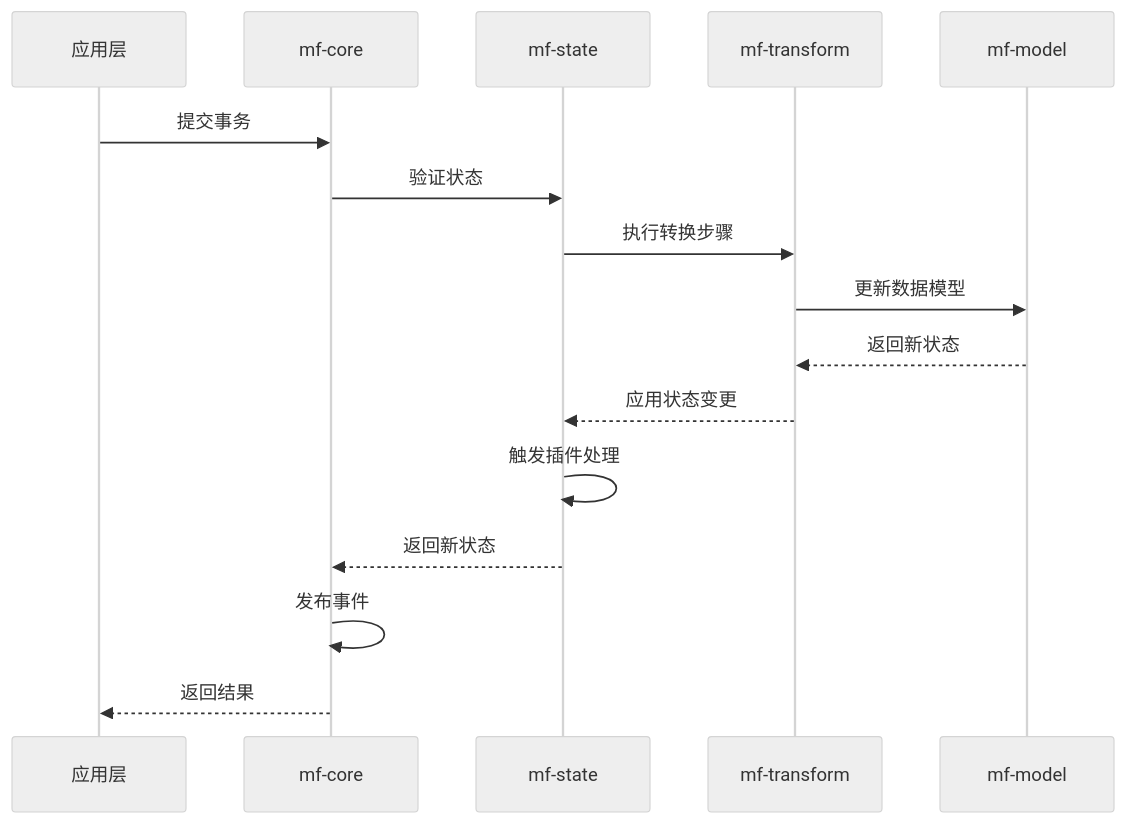
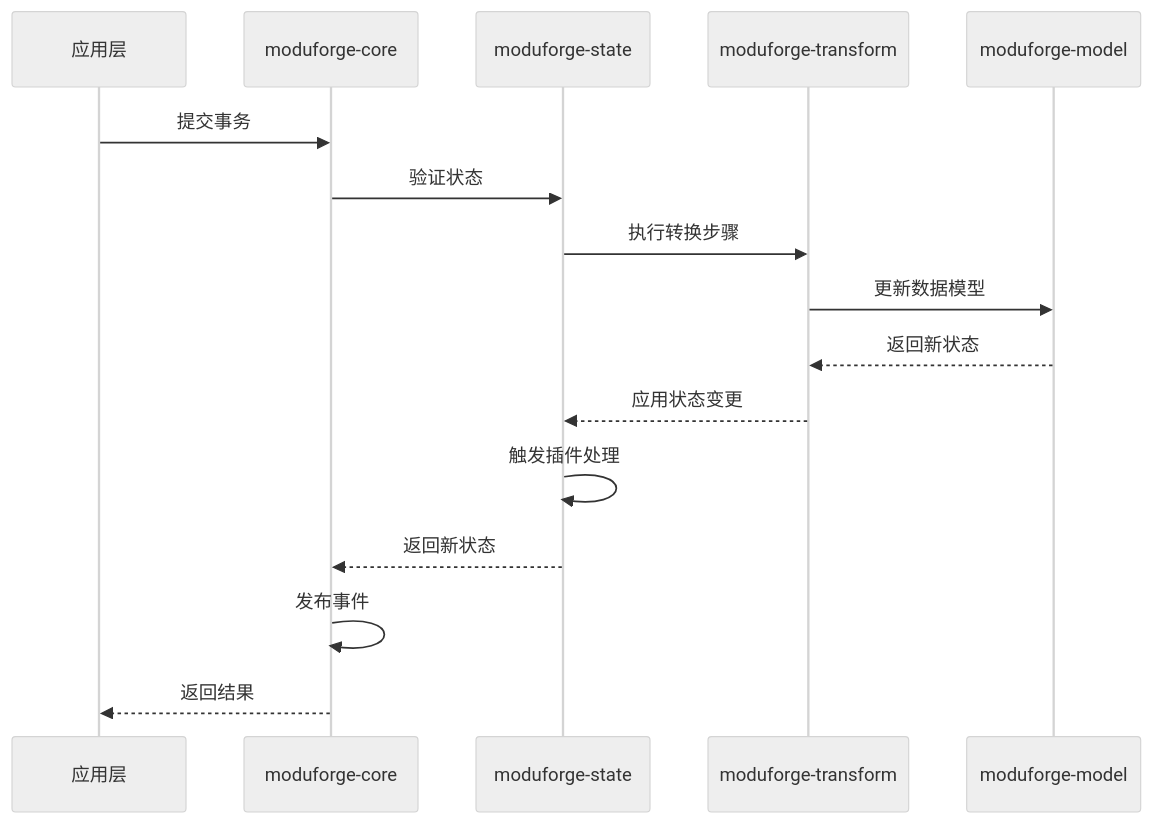
The third of 4 diagrams in packages/docs/architecture-overview.md (Cassielxd/moduforge-rs), drawn with Mermaid (neutral theme) before and after one commit. The commit also changed other lines of this file and 2344 other files, not shown here.

````diff
--- a/packages/docs/architecture-overview.md
+++ b/packages/docs/architecture-overview.md
@@ -326,19 +335,19 @@
 ```mermaid
 sequenceDiagram
     participant App as 应用层
-    participant Core as mf-core
-    participant State as mf-state
-    participant Transform as mf-transform
-    participant Model as mf-model
+    participant Core as moduforge-core
+    participant State as moduforge-state
+    participant Transform as moduforge-transform
+    participant Model as moduforge-model
     
     App->>Core: 提交事务
     Core->>State: 验证状态
     State->>Transform: 执行转换步骤
     Transform->>Model: 更新数据模型
     Model-->>Transform: 返回新状态
     Transform-->>State: 应用状态变更
     State->>State: 触发插件处理
     State-->>Core: 返回新状态
     Core->>Core: 发布事件
     Core-->>App: 返回结果
 ```
````
